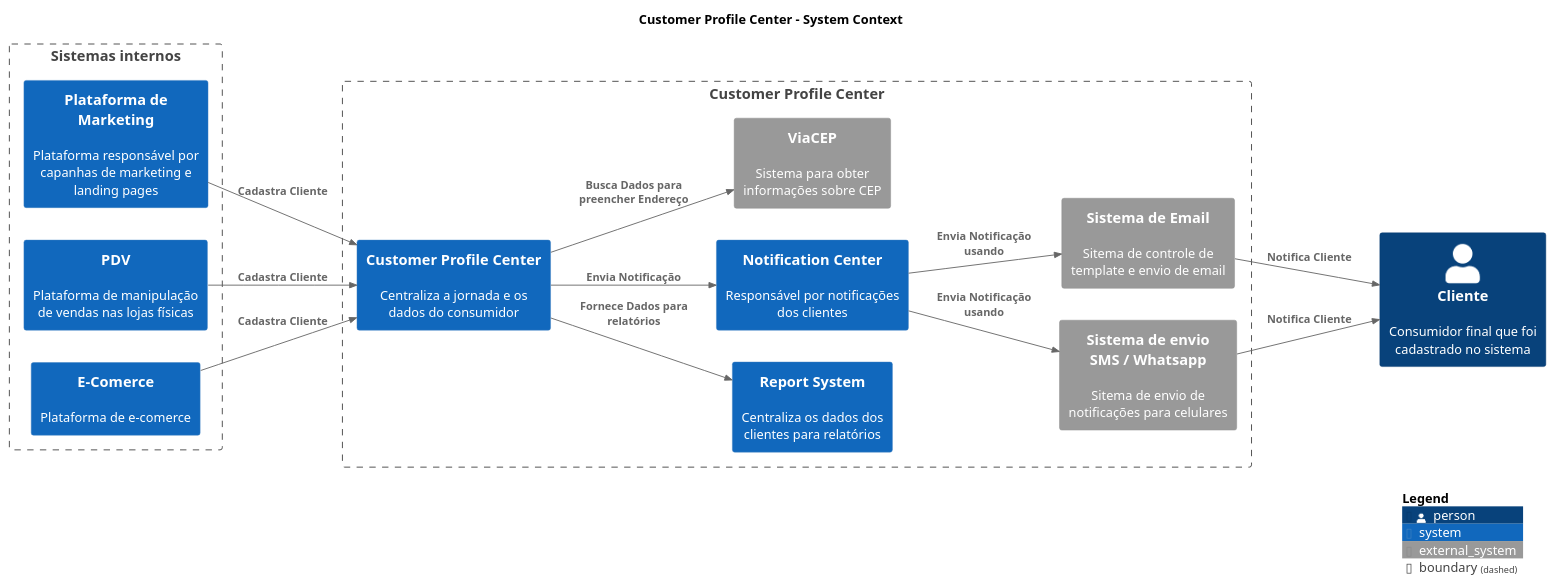
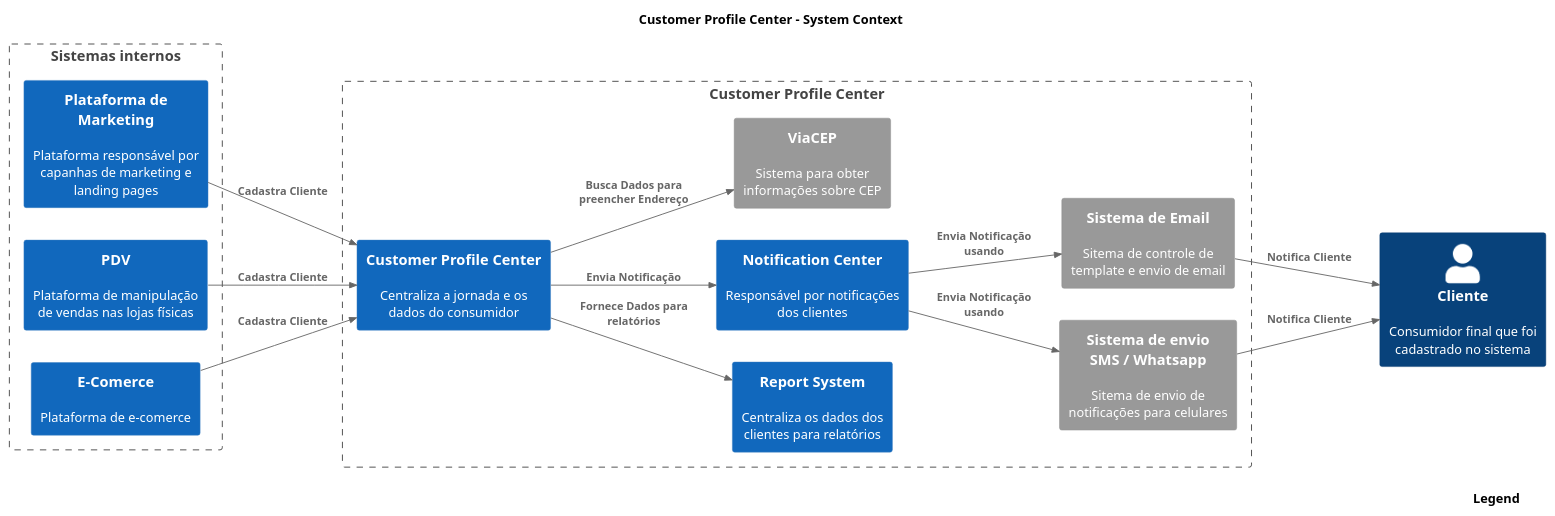
One commit to CristianoRC/CustomerProfileCenter changed the diagram in Docs/1 - System Context/System Context.puml. Above: the diagram before and after it, drawn with PlantUML. The commit also changed 1 other file, not shown here.

Commit message:
Cria estrutura Base do Diagrama de Container

```diff
--- a/Docs/1 - System Context/System Context.puml
+++ b/Docs/1 - System Context/System Context.puml
@@ -1,44 +1,45 @@
 @startuml
 !include https://raw.githubusercontent.com/plantuml-stdlib/C4-PlantUML/master/C4_Container.puml
 !include https://raw.githubusercontent.com/plantuml-stdlib/C4-PlantUML/master/C4_Context.puml
 
 LAYOUT_LANDSCAPE()
+SHOW_LEGEND()
+
 TITLE Customer Profile Center - System Context
 
 Person(customer, "Cliente", "Consumidor final que foi cadastrado no sistema")
 
 
 Boundary(internalProducersBoundary, "Sistemas internos") {
     System(marketingPlatform, "Plataforma de Marketing", "Plataforma responsável por capanhas de marketing e landing pages")
     System(pdvPlatforma, "PDV", "Plataforma de manipulação de vendas nas lojas físicas")
     System(ecomerPlatform, "E-Comerce", "Plataforma de e-comerce")
 }
 
 Boundary(customerProfileCenterBoundary, "Customer Profile Center") {
    System(customerProfileCenter, "Customer Profile Center", "Centraliza a jornada e os dados do consumidor")
    System(reportSystem, "Report System", "Centraliza os dados dos clientes para relatórios")
    System(notificationCenter, "Notification Center",  "Responsável por notificações dos clientes")
    
    System_Ext(emailService, "Sistema de Email", "Sitema de controle de template e envio de email")
    System_Ext(phoneService, "Sistema de envio \n SMS / Whatsapp", "Sitema de envio de notificações para celulares")
    System_Ext(viaCep, "ViaCEP", "Sistema para obter informações sobre CEP")
 }
 
 'Relacionamento dos clientes
 Rel(ecomerPlatform, customerProfileCenter, "Cadastra Cliente", "")
 Rel(pdvPlatforma, customerProfileCenter, "Cadastra Cliente", "")
 Rel(marketingPlatform, customerProfileCenter, "Cadastra Cliente", "")
 
 'Relacionamentos com o Customer Profile
 Rel(customerProfileCenter, reportSystem, "Fornece Dados para relatórios", "")
 Rel(customerProfileCenter, viaCep, "Busca Dados para preencher Endereço", "")
 
 'Relacionamentos com os sistemas de notificação
 Rel(customerProfileCenter, notificationCenter, "Envia Notificação", "")
 Rel(notificationCenter, emailService, "Envia Notificação usando", "")
 Rel(notificationCenter, phoneService, "Envia Notificação usando", "")
 Rel(emailService, customer, "Notifica Cliente", "")
 Rel(phoneService, customer, "Notifica Cliente", "")
 
-SHOW_LEGEND()
 @enduml
```
